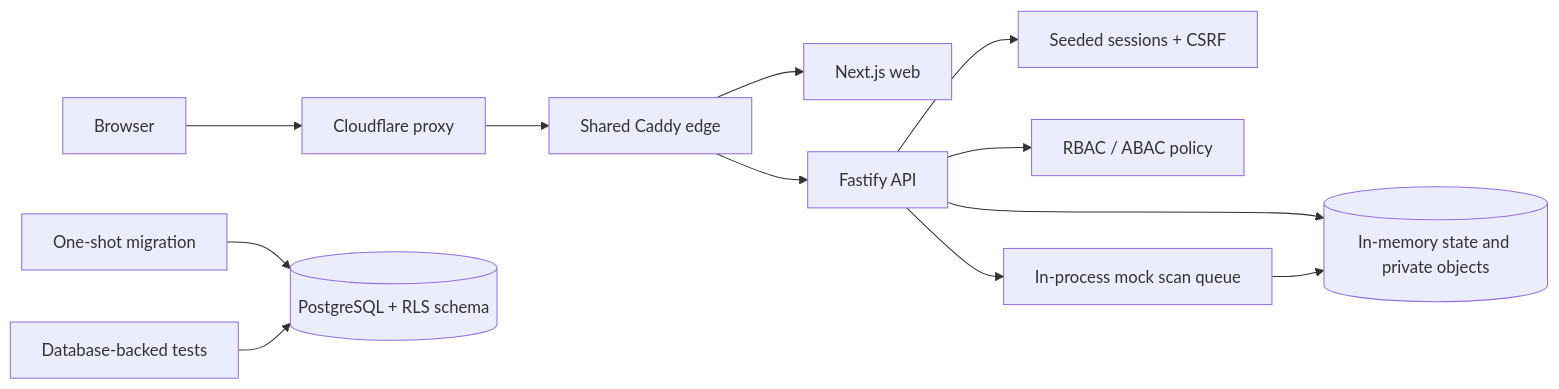
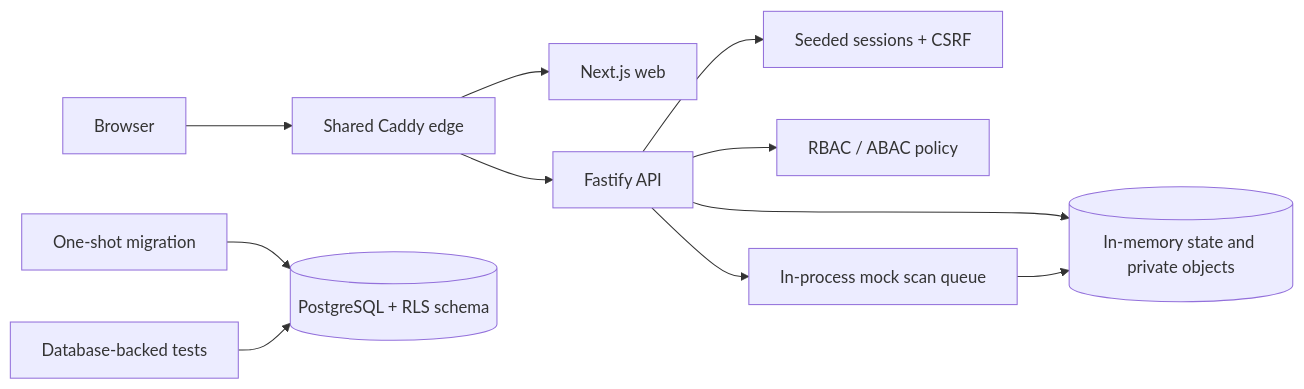
One commit to IoanGogozan/TrustVault-Lite changed the first of 3 diagrams in docs/security/architecture.md. Above: the diagram before and after it, drawn with Mermaid. The commit also changed other lines of this file and 18 other files, not shown here.

````diff
--- a/docs/security/architecture.md
+++ b/docs/security/architecture.md
@@ -11,14 +11,13 @@
 ```mermaid
 flowchart LR
-  Browser --> Cloudflare[Cloudflare proxy]
-  Cloudflare --> Caddy[Shared Caddy edge]
+  Browser --> Caddy[Shared Caddy edge]
   Caddy --> Web[Next.js web]
   Caddy --> API[Fastify API]
   API --> Auth[Seeded sessions + CSRF]
   API --> Policy[RBAC / ABAC policy]
   API --> Memory[(In-memory state and private objects)]
   API --> Scan[In-process mock scan queue]
   Scan --> Memory
   Migrate[One-shot migration] --> Postgres[(PostgreSQL + RLS schema)]
   Tests[Database-backed tests] --> Postgres
 ```
````
